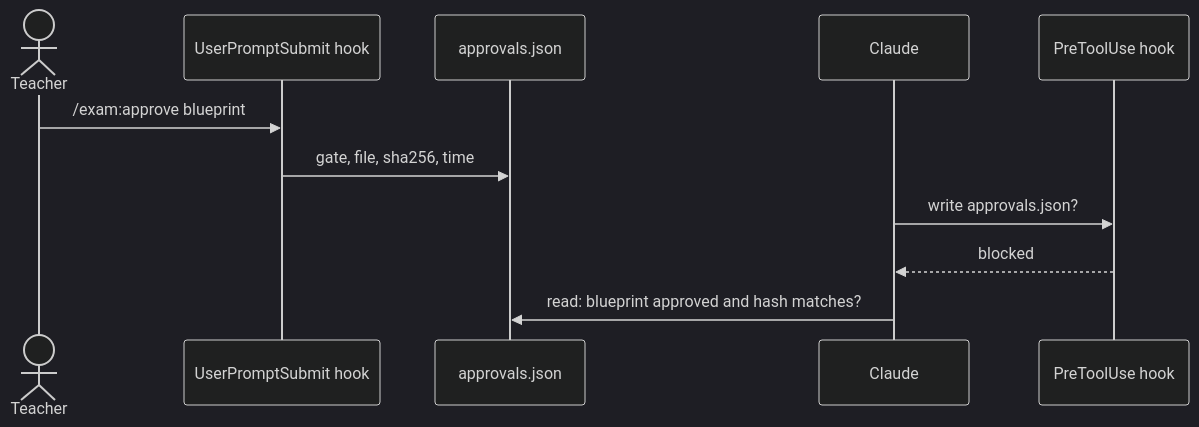
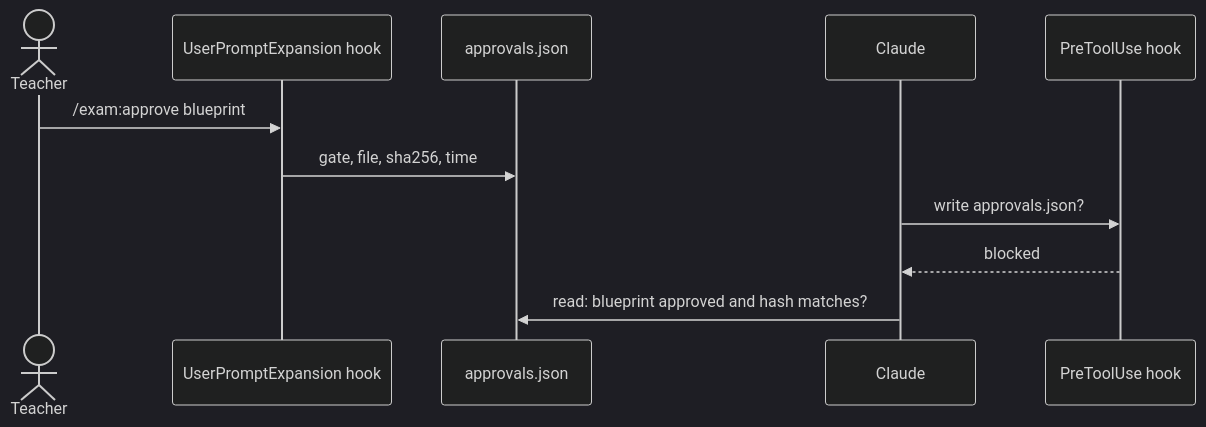
Before and after one commit to harin49/exam-paper-generator: the second of 4 diagrams in docs/harness-design.md, drawn with Mermaid (dark theme). The commit also changed other lines of this file, not shown here.

First line of the commit message:
Design: approvals via UserPromptExpansion, probe results, cloud Cowork (D18)

````diff
--- a/docs/harness-design.md
+++ b/docs/harness-design.md
@@ -129,13 +131,13 @@
 ```mermaid
 sequenceDiagram
     actor T as Teacher
-    participant H as UserPromptSubmit hook
+    participant H as UserPromptExpansion hook
     participant A as approvals.json
     participant C as Claude
     participant P as PreToolUse hook
     T->>H: /exam:approve blueprint
     H->>A: gate, file, sha256, time
     C->>P: write approvals.json?
     P-->>C: blocked
     C->>A: read: blueprint approved and hash matches?
 ```
````
